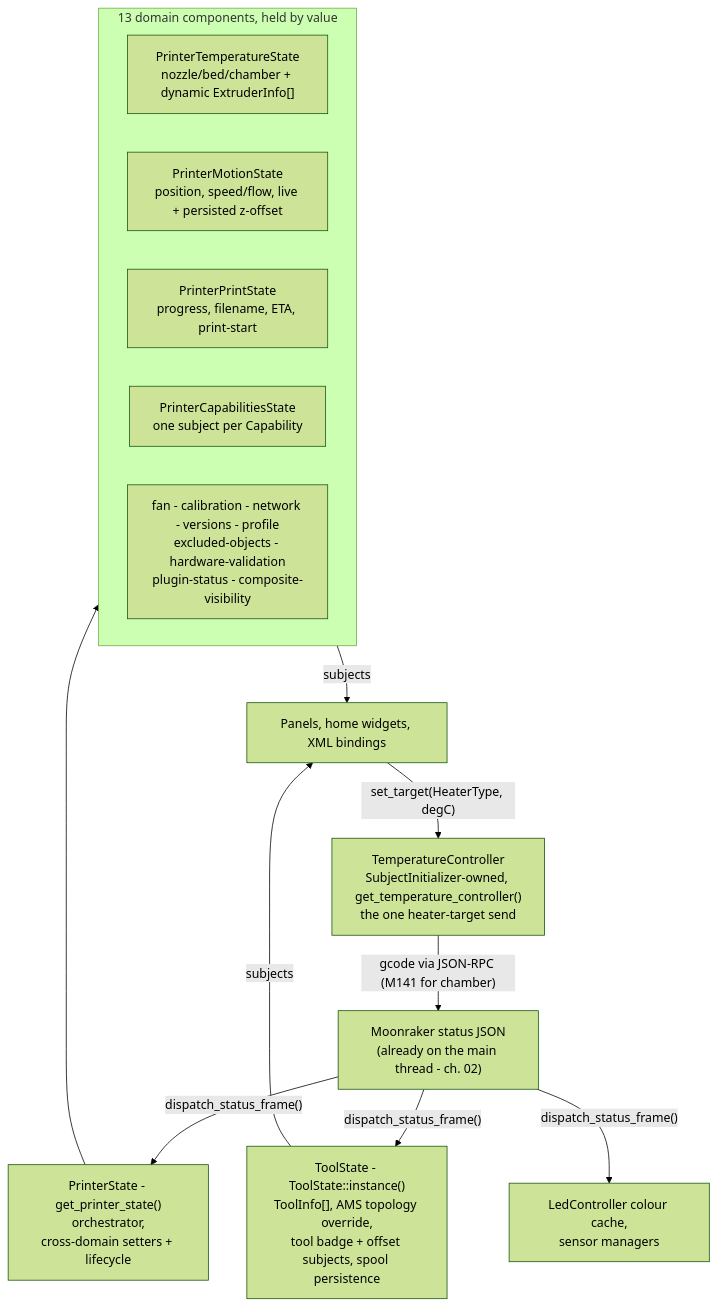
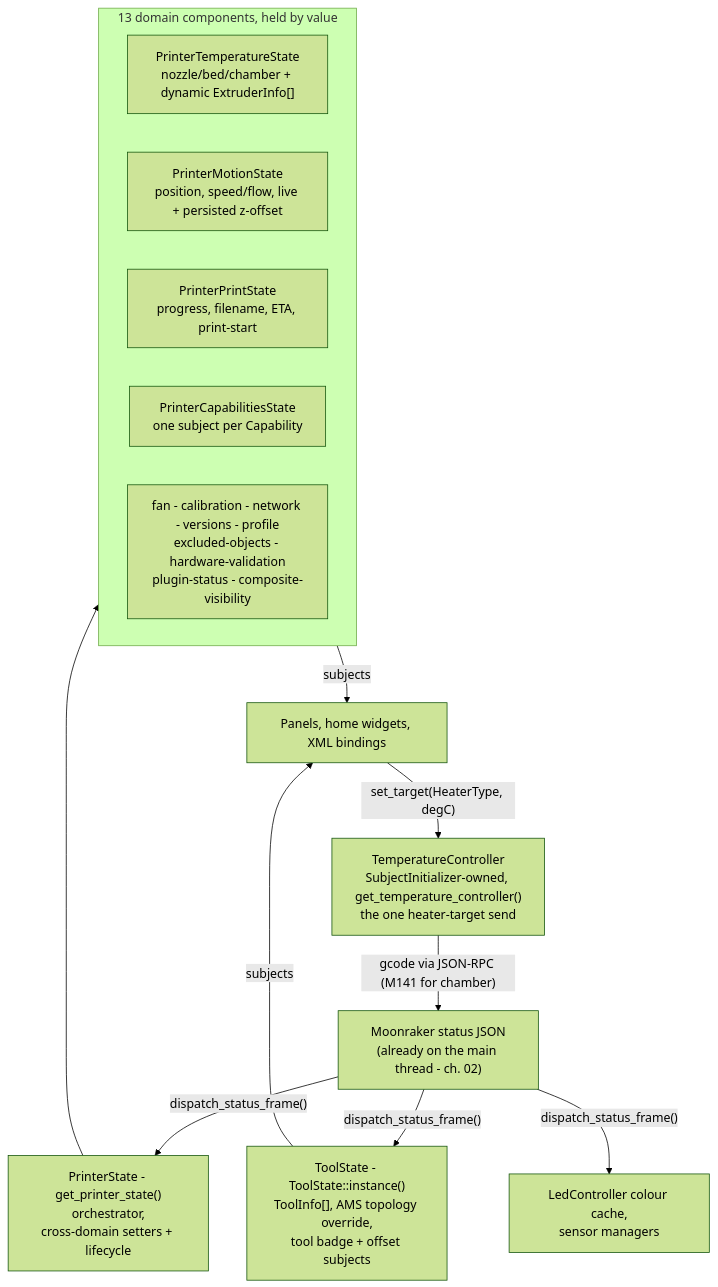
Before and after one commit to prestonbrown/helixscreen: the diagram in docs/devel/architecture/05-printer-state.md, drawn with Mermaid (forest theme). The commit also changed other lines of this file and 122 other files, not shown here.

````diff
--- a/docs/devel/architecture/05-printer-state.md
+++ b/docs/devel/architecture/05-printer-state.md
@@ -7,27 +7,27 @@
 ```mermaid
 flowchart TB
     MR["Moonraker status JSON<br/>(already on the main thread - ch. 02)"]
     UI["Panels, home widgets, XML bindings"]
 
     PS["PrinterState - get_printer_state()<br/>orchestrator,<br/>cross-domain setters + lifecycle"]
 
     subgraph DOM["13 domain components, held by value"]
         D1["PrinterTemperatureState<br/>nozzle/bed/chamber + dynamic ExtruderInfo[]"]
         D2["PrinterMotionState<br/>position, speed/flow, live + persisted z-offset"]
         D3["PrinterPrintState<br/>progress, filename, ETA, print-start"]
         D4["PrinterCapabilitiesState<br/>one subject per Capability"]
         D5["fan - calibration - network - versions - profile<br/>excluded-objects - hardware-validation<br/>plugin-status - composite-visibility"]
     end
 
-    TS["ToolState - ToolState::instance()<br/>ToolInfo[], AMS topology override,<br/>tool badge + offset subjects, spool persistence"]
+    TS["ToolState - ToolState::instance()<br/>ToolInfo[], AMS topology override,<br/>tool badge + offset subjects"]
     TC["TemperatureController<br/>SubjectInitializer-owned, get_temperature_controller()<br/>the one heater-target send"]
 
     MR -->|"dispatch_status_frame()"| PS
     PS --> DOM
     MR -->|"dispatch_status_frame()"| TS
     MR -->|"dispatch_status_frame()"| OTH["LedController colour cache,<br/>sensor managers"]
     DOM -->|"subjects"| UI
     TS -->|"subjects"| UI
     UI -->|"set_target(HeaterType, degC)"| TC
     TC -->|"gcode via JSON-RPC (M141 for chamber)"| MR
 ```
````
